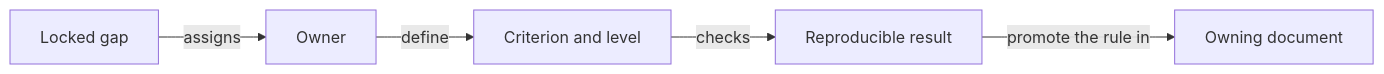
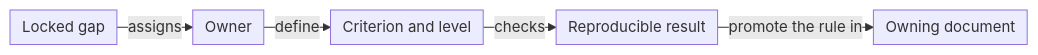
One commit to crististefanita/whist changed the diagram in docs/feedback/README.md. Above: the diagram before and after it, drawn with Mermaid. The commit also changed 38 other files, not shown here.

````diff
--- a/docs/feedback/README.md
+++ b/docs/feedback/README.md
@@ -49,7 +49,8 @@
 ```mermaid
+%%{init: {"themeVariables":{"fontSize":"15px"},"themeCSS":".edgeLabel, .edgeLabel p { font-size: 12px !important; } .node rect { rx: 6px; ry: 6px; }","flowchart":{"curve":"linear","nodeSpacing":24,"rankSpacing":22,"padding":6},"sequence":{"mirrorActors":false,"messageMargin":24,"wrap":true}}}%%
 flowchart LR
-    ISSUE[Locked gap] -->|assigns| OWNER[Owner]
-    OWNER -->|define| CRITERION[Criterion and level]
-    CRITERION -->|checks| CHECK[Reproducible result]
-    CHECK -->|promote the rule in| CONTRACT[Owning document]
+    ISSUE["Locked gap"] -->|assigns| OWNER["Owner"]
+    OWNER -->|define| CRITERION["Criterion and level"]
+    CRITERION -->|checks| CHECK["Reproducible result"]
+    CHECK -->|promote the rule in| CONTRACT["Owning document"]
 ```
````
